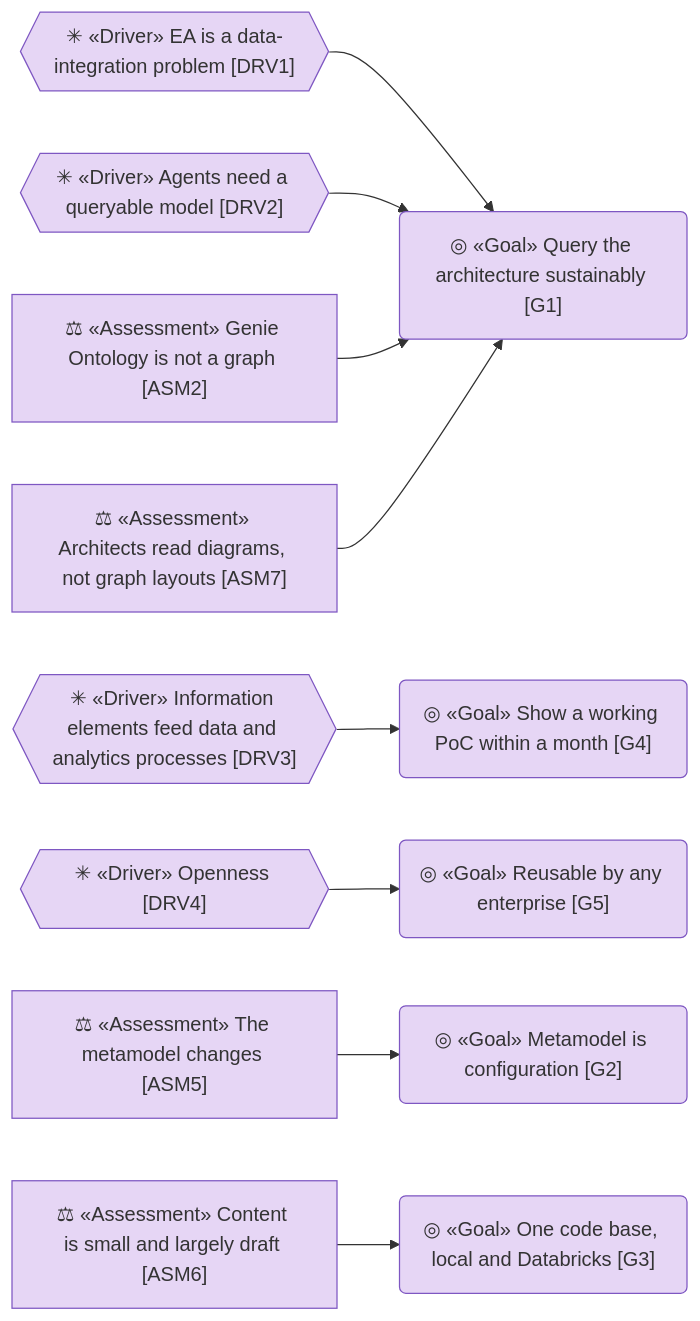
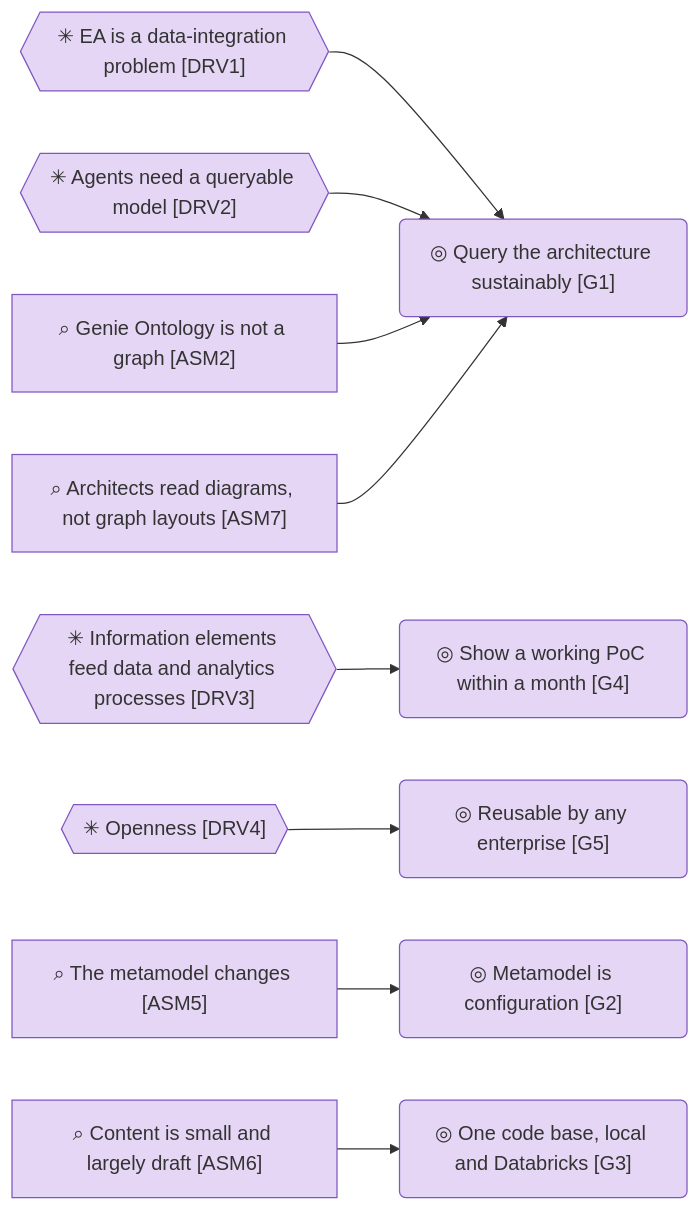
Before and after one commit to bocanegratqut/dbx-enterprise-architecture: the third of 4 diagrams in architecture/1_strategy/1_motivation.md, drawn with Mermaid. The commit also changed other lines of this file and 25 other files, not shown here.

````diff
--- a/architecture/1_strategy/1_motivation.md
+++ b/architecture/1_strategy/1_motivation.md
@@ -37,26 +60,26 @@
 ```mermaid
 flowchart LR
-  drv1{{"✳ «Driver» EA is a data-integration problem [DRV1]"}}:::motivation
-  drv2{{"✳ «Driver» Agents need a queryable model [DRV2]"}}:::motivation
-  drv3{{"✳ «Driver» Information elements feed data and analytics processes [DRV3]"}}:::motivation
-  drv4{{"✳ «Driver» Openness [DRV4]"}}:::motivation
-  asm2["⚖ «Assessment» Genie Ontology is not a graph [ASM2]"]:::motivation
-  asm5["⚖ «Assessment» The metamodel changes [ASM5]"]:::motivation
-  asm6["⚖ «Assessment» Content is small and largely draft [ASM6]"]:::motivation
-  asm7["⚖ «Assessment» Architects read diagrams, not graph layouts [ASM7]"]:::motivation
-  g1("◎ «Goal» Query the architecture sustainably [G1]"):::motivation
-  g2("◎ «Goal» Metamodel is configuration [G2]"):::motivation
-  g3("◎ «Goal» One code base, local and Databricks [G3]"):::motivation
-  g4("◎ «Goal» Show a working PoC within a month [G4]"):::motivation
-  g5("◎ «Goal» Reusable by any enterprise [G5]"):::motivation
+  drv1{{"✳ EA is a data-integration problem [DRV1]"}}:::motivation
+  drv2{{"✳ Agents need a queryable model [DRV2]"}}:::motivation
+  drv3{{"✳ Information elements feed data and analytics processes [DRV3]"}}:::motivation
+  drv4{{"✳ Openness [DRV4]"}}:::motivation
+  asm2["⌕ Genie Ontology is not a graph [ASM2]"]:::motivation
+  asm5["⌕ The metamodel changes [ASM5]"]:::motivation
+  asm6["⌕ Content is small and largely draft [ASM6]"]:::motivation
+  asm7["⌕ Architects read diagrams, not graph layouts [ASM7]"]:::motivation
+  g1("◎ Query the architecture sustainably [G1]"):::motivation
+  g2("◎ Metamodel is configuration [G2]"):::motivation
+  g3("◎ One code base, local and Databricks [G3]"):::motivation
+  g4("◎ Show a working PoC within a month [G4]"):::motivation
+  g5("◎ Reusable by any enterprise [G5]"):::motivation
   drv1 --> g1
   drv2 --> g1
   drv3 --> g4
   drv4 --> g5
   asm2 --> g1
   asm7 --> g1
   asm5 --> g2
   asm6 --> g3
 
   classDef motivation fill:#e6d6f5,stroke:#7e57c2,color:#333
 ```
````
